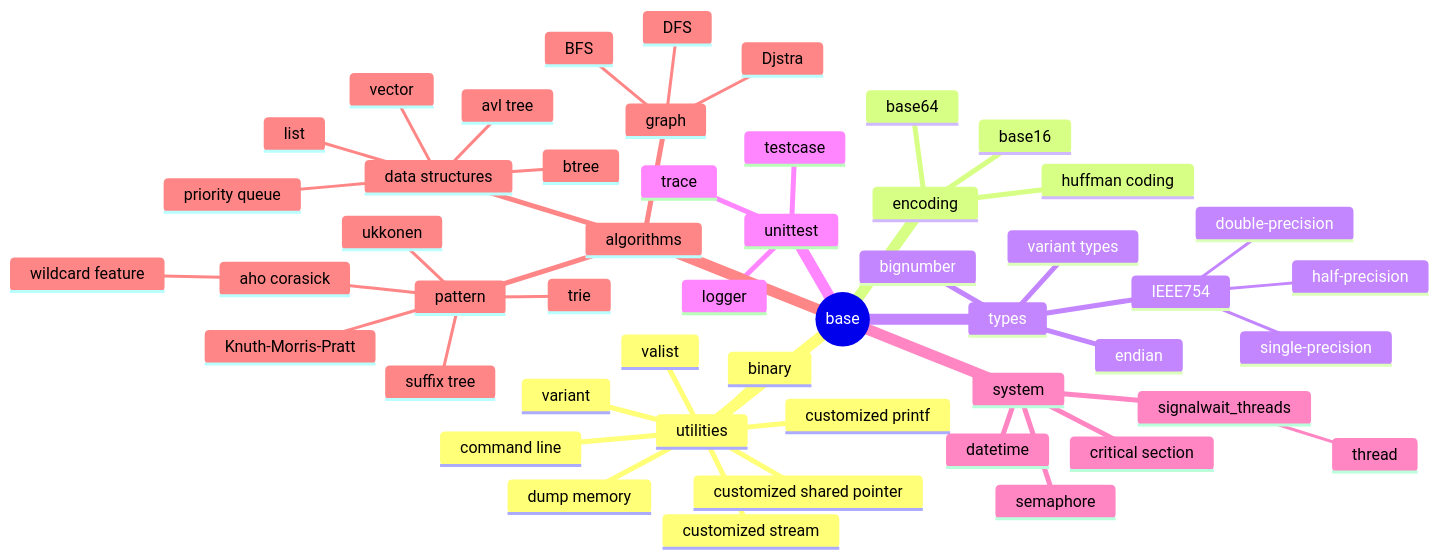
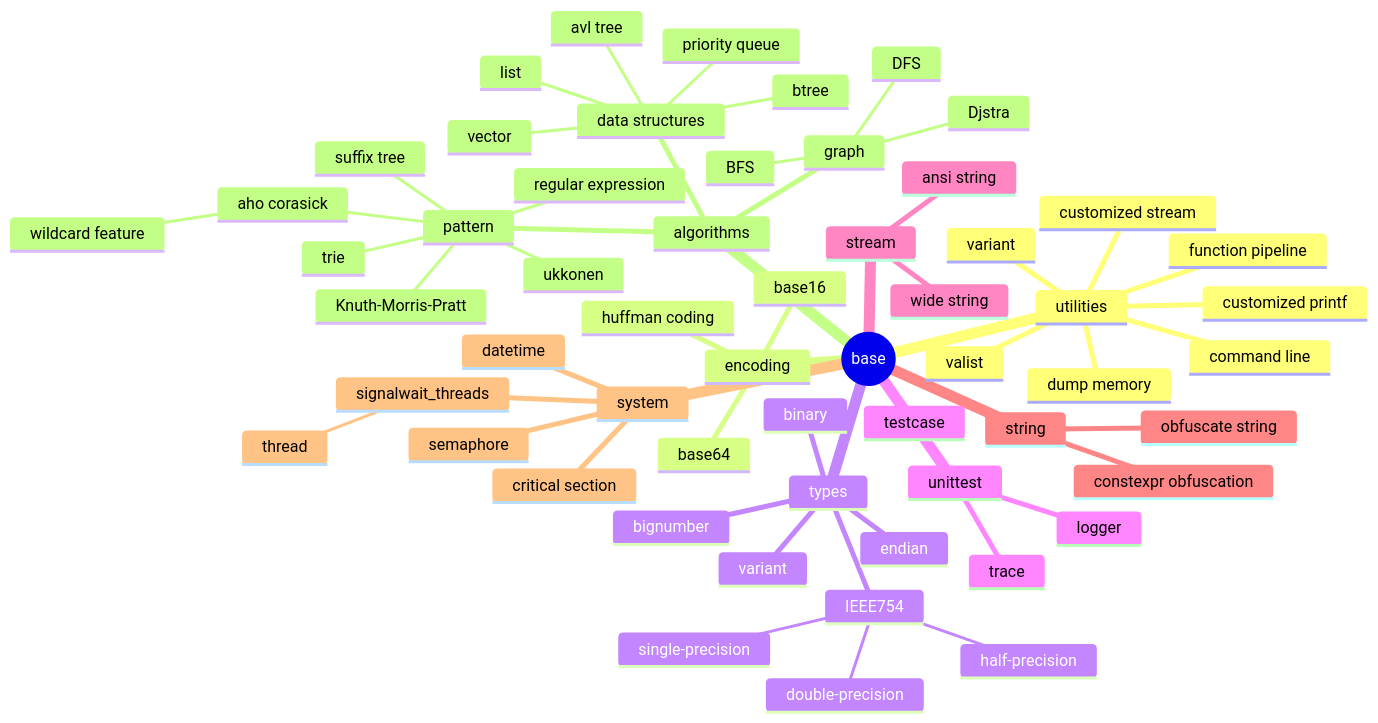
One commit to princeb612/hotplace changed the diagram in sdk/base/README.md. Above: the diagram before and after it, drawn with Mermaid. The commit also changed 46 other files, not shown here.

````diff
--- a/sdk/base/README.md
+++ b/sdk/base/README.md
@@ -3,53 +3,60 @@
 ```mermaid
 mindmap
   root((base))
     utilities
       command line
       customized printf
       customized stream
-      customized shared pointer
       dump memory
-      binary
+      function pipeline
       variant
       valist
     encoding
       base16
       base64
       huffman coding
     types
+      binary
       endian
-      variant types
+      variant
       IEEE754
         half-precision
         single-precision
         double-precision
       bignumber
     unittest
       testcase
       logger
       trace
+    stream
+      ansi string
+      wide string
+    string
+      constexpr obfuscation
+      obfuscate string
     system
       critical section
       semaphore
       datetime
       signalwait_threads
         thread
     algorithms
       data structures
         avl tree
         btree
         list
         priority queue
         vector
       pattern
         Knuth-Morris-Pratt
         trie
         suffix tree
         ukkonen
         aho corasick
           wildcard feature
+        regular expression
       graph
         BFS
         DFS
         Djstra
 ```
````
